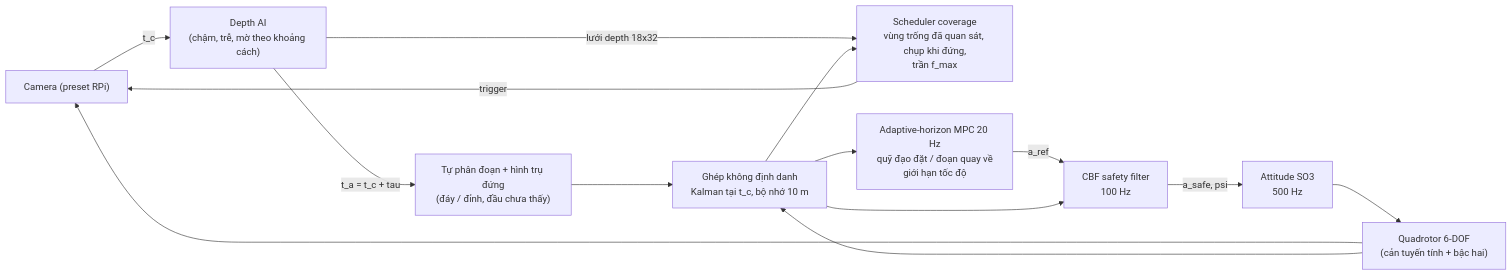
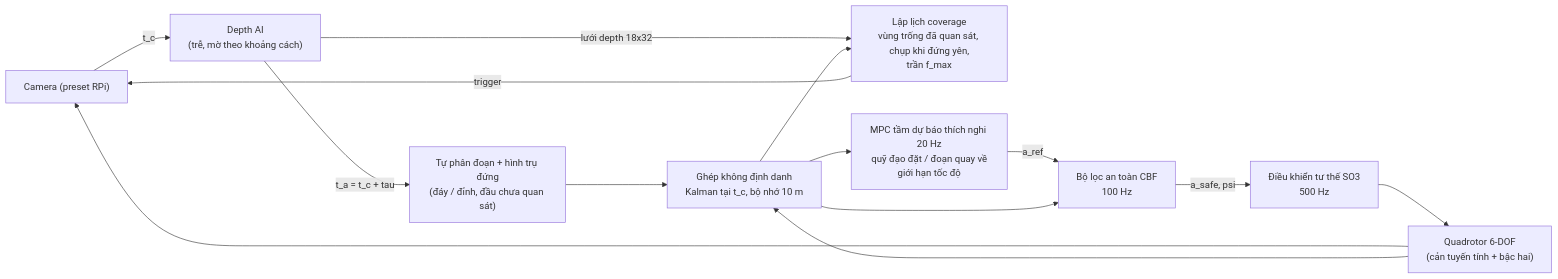
One commit to nxbnxb1/project1 changed the diagram in README.md. Above: the diagram before and after it, drawn with Mermaid. The commit also changed other lines of this file and 5 other files, not shown here.

````diff
--- a/README.md
+++ b/README.md
@@ -70,16 +84,16 @@
 ```mermaid
 flowchart LR
-  CAM["Camera (preset RPi)"] -->|t_c| AI["Depth AI<br/>(chậm, trễ, mờ theo khoảng cách)"]
-  AI -->|t_a = t_c + tau| EX["Tự phân đoạn + hình trụ đứng<br/>(đáy / đỉnh, đầu chưa thấy)"]
+  CAM["Camera (preset RPi)"] -->|t_c| AI["Depth AI<br/>(trễ, mờ theo khoảng cách)"]
+  AI -->|t_a = t_c + tau| EX["Tự phân đoạn + hình trụ đứng<br/>(đáy / đỉnh, đầu chưa quan sát)"]
   AI -->|lưới depth 18x32| SCH
   EX --> KF["Ghép không định danh<br/>Kalman tại t_c, bộ nhớ 10 m"]
-  KF --> SCH["Scheduler coverage<br/>vùng trống đã quan sát, chụp khi đứng,<br/>trần f_max"]
+  KF --> SCH["Lập lịch coverage<br/>vùng trống đã quan sát, chụp khi đứng yên,<br/>trần f_max"]
   SCH -->|trigger| CAM
-  KF --> MPC["Adaptive-horizon MPC 20 Hz<br/>quỹ đạo đặt / đoạn quay về<br/>giới hạn tốc độ"]
-  MPC -->|a_ref| CBF["CBF safety filter<br/>100 Hz"]
+  KF --> MPC["MPC tầm dự báo thích nghi 20 Hz<br/>quỹ đạo đặt / đoạn quay về<br/>giới hạn tốc độ"]
+  MPC -->|a_ref| CBF["Bộ lọc an toàn CBF<br/>100 Hz"]
   KF --> CBF
-  CBF -->|a_safe, psi| ATT["Attitude SO3<br/>500 Hz"]
+  CBF -->|a_safe, psi| ATT["Điều khiển tư thế SO3<br/>500 Hz"]
   ATT --> PLANT["Quadrotor 6-DOF<br/>(cản tuyến tính + bậc hai)"]
   PLANT --> CAM
   PLANT --> KF
 ```
````
